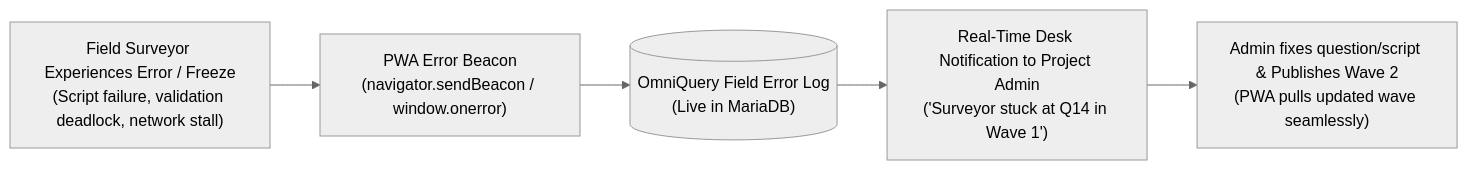
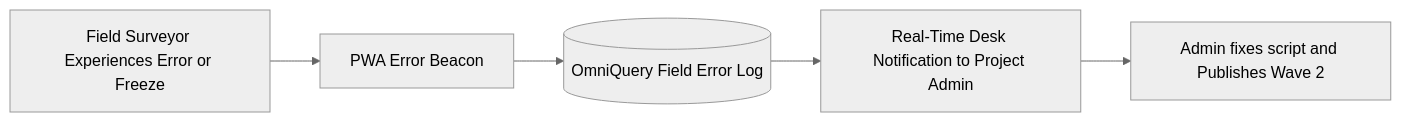
One commit to OmmNoMi/omniquery changed the fifth of 5 diagrams in ARCHITECTURE.md. Above: the diagram before and after it, drawn with Mermaid (neutral theme). The commit also changed other lines of this file and 1 other file, not shown here.

Commit message:
docs: fix Mermaid syntax for GitHub renderer compatibility in README and ARCHITECTURE

````diff
--- a/ARCHITECTURE.md
+++ b/ARCHITECTURE.md
@@ -193,7 +195,7 @@
 ```mermaid
 flowchart LR
-    Stuck["Field Surveyor Experiences Error / Freeze\n(Script failure, validation deadlock, network stall)"] --> Beacon["PWA Error Beacon\n(navigator.sendBeacon / window.onerror)"]
-    Beacon --> ServerLog[("OmniQuery Field Error Log\n(Live in MariaDB)")]
-    ServerLog --> Alert["Real-Time Desk Notification to Project Admin\n('Surveyor stuck at Q14 in Wave 1')"]
-    Alert --> Fix["Admin fixes question/script & Publishes Wave 2\n(PWA pulls updated wave seamlessly)"]
+    Stuck["Field Surveyor Experiences Error or Freeze"] --> Beacon["PWA Error Beacon"]
+    Beacon --> ServerLog[("OmniQuery Field Error Log")]
+    ServerLog --> Alert["Real-Time Desk Notification to Project Admin"]
+    Alert --> Fix["Admin fixes script and Publishes Wave 2"]
 ```
````
